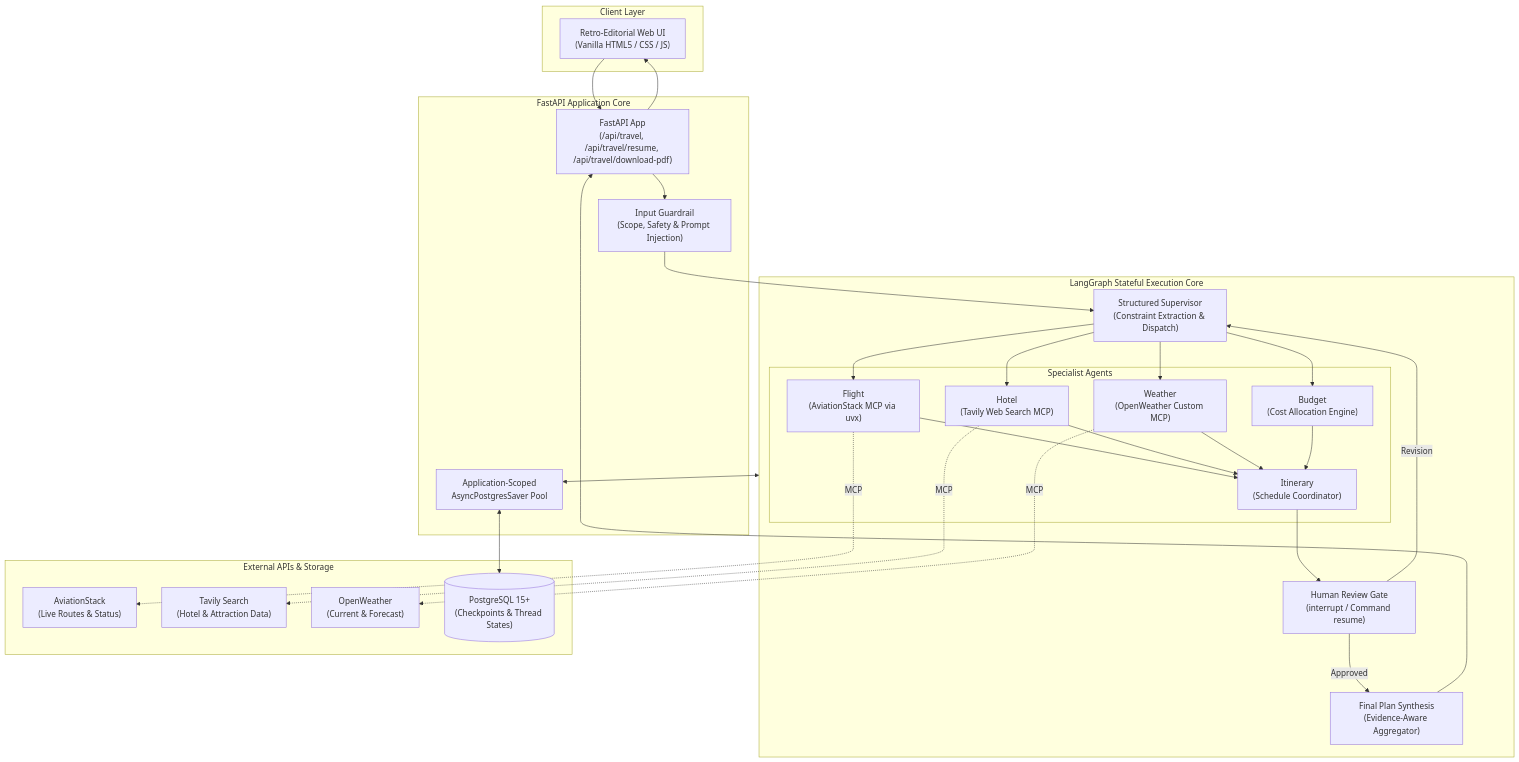
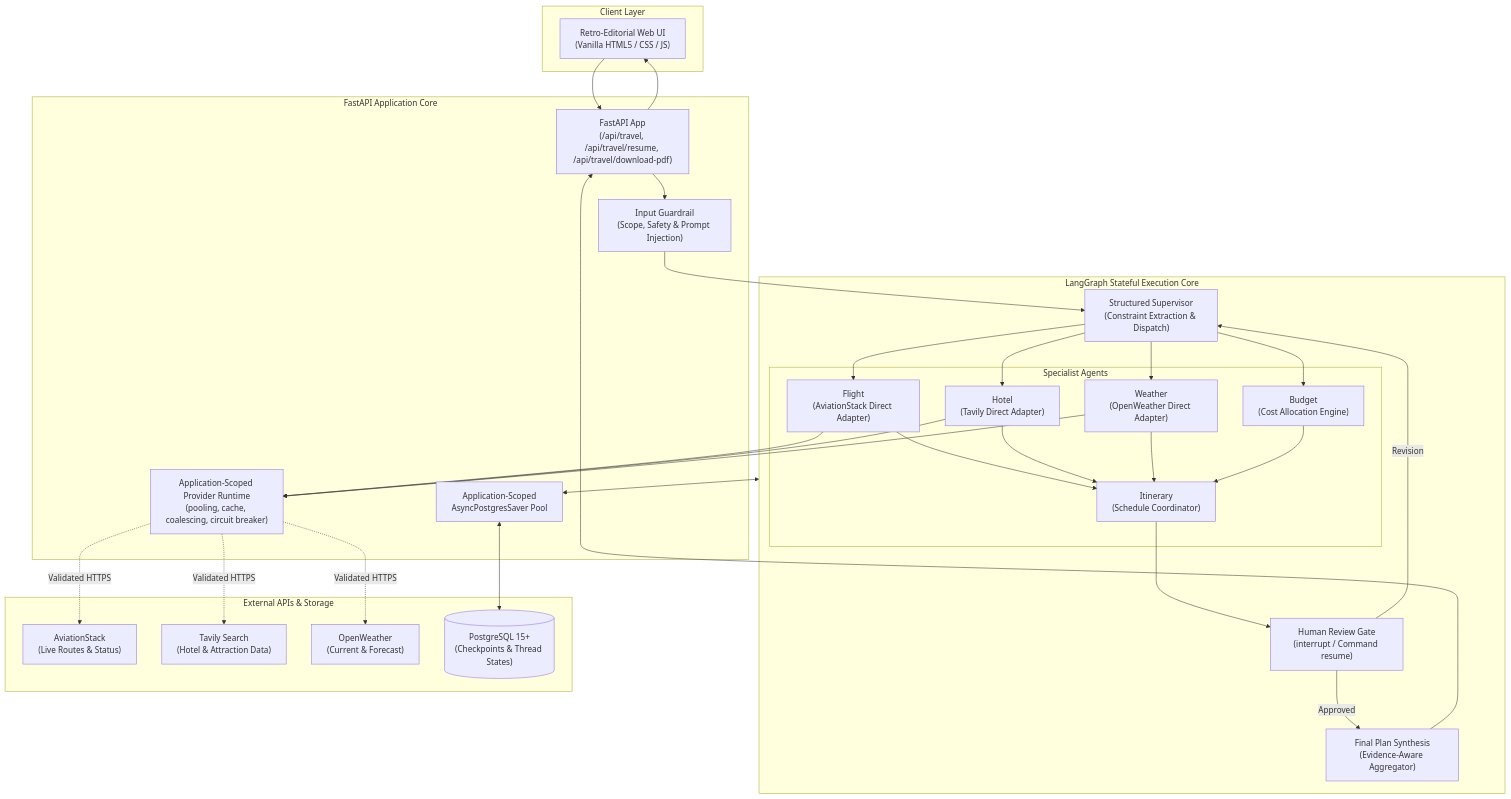
The diagram in README.md (tusharg007/TripBandhu), drawn with Mermaid before and after one commit. The commit also changed other lines of this file and 17 other files, not shown here.

Commit message:
feat: add direct provider reliability layer

````diff
--- a/README.md
+++ b/README.md
@@ -74,42 +75,44 @@
 ```mermaid
 flowchart TB
     subgraph ClientLayer ["Client Layer"]
         UI["Retro-Editorial Web UI\n(Vanilla HTML5 / CSS / JS)"]
     end
 
     subgraph FastAPILayer ["FastAPI Application Core"]
         API["FastAPI App\n(/api/travel, /api/travel/resume, /api/travel/download-pdf)"]
         Guard["Input Guardrail\n(Scope, Safety & Prompt Injection)"]
         Pool["Application-Scoped\nAsyncPostgresSaver Pool"]
+        Providers["Application-Scoped Provider Runtime\n(pooling, cache, coalescing, circuit breaker)"]
     end
 
     subgraph LangGraphCore ["LangGraph Stateful Execution Core"]
         Supervisor["Structured Supervisor\n(Constraint Extraction & Dispatch)"]
         subgraph Specialists ["Specialist Agents"]
-            Flight["Flight\n(AviationStack MCP via uvx)"]
-            Hotel["Hotel\n(Tavily Web Search MCP)"]
-            Weather["Weather\n(OpenWeather Custom MCP)"]
+            Flight["Flight\n(AviationStack Direct Adapter)"]
+            Hotel["Hotel\n(Tavily Direct Adapter)"]
+            Weather["Weather\n(OpenWeather Direct Adapter)"]
             Budget["Budget\n(Cost Allocation Engine)"]
             Itinerary["Itinerary\n(Schedule Coordinator)"]
         end
         HITL["Human Review Gate\n(interrupt / Command resume)"]
         Synthesis["Final Plan Synthesis\n(Evidence-Aware Aggregator)"]
     end
 
     subgraph External ["External APIs & Storage"]
         AS["AviationStack\n(Live Routes & Status)"]
         TV["Tavily Search\n(Hotel & Attraction Data)"]
         OW["OpenWeather\n(Current & Forecast)"]
         PG[("PostgreSQL 15+\n(Checkpoints & Thread States)")]
     end
 
     UI --> API --> Guard --> Supervisor
     Supervisor --> Flight & Hotel & Weather & Budget --> Itinerary --> HITL
     HITL -->|Approved| Synthesis --> API --> UI
     HITL -->|Revision| Supervisor
-    Flight -.->|MCP| AS
-    Hotel -.->|MCP| TV
-    Weather -.->|MCP| OW
+    Flight & Hotel & Weather --> Providers
+    Providers -.->|Validated HTTPS| AS
+    Providers -.->|Validated HTTPS| TV
+    Providers -.->|Validated HTTPS| OW
     Pool <--> PG
     LangGraphCore <--> Pool
 ```
````
